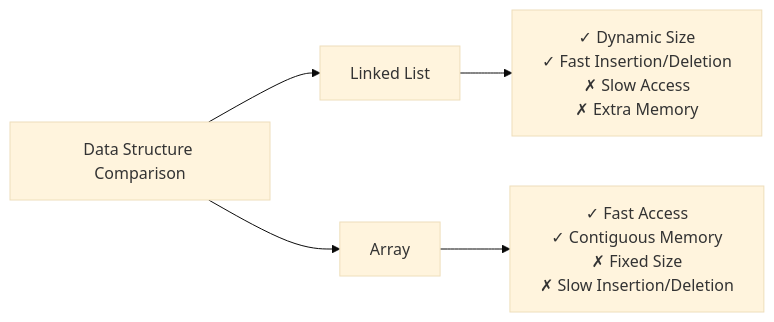
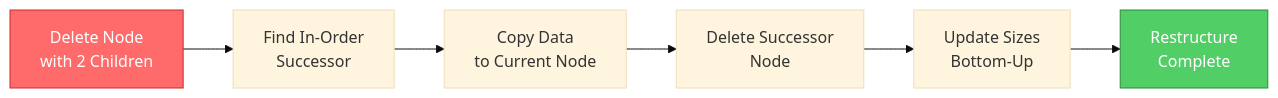
Before and after one commit to MuhammadZafran33/Data-Structures-lab-Solutions: the eighth of 12 diagrams in Linked List /FINAL_PAPER/README.md, drawn with Mermaid (base theme). The commit also changed other lines of this file, not shown here.

````diff
--- a/Linked List /FINAL_PAPER/README.md
+++ b/Linked List /FINAL_PAPER/README.md
@@ -228,7 +220,11 @@
 ```mermaid
 graph LR
-    A["Data Structure Comparison"] --> B["Linked List"]
-    A --> C["Array"]
-    B --> D["✓ Dynamic Size<br/>✓ Fast Insertion/Deletion<br/>✗ Slow Access<br/>✗ Extra Memory"]
-    C --> E["✓ Fast Access<br/>✓ Contiguous Memory<br/>✗ Fixed Size<br/>✗ Slow Insertion/Deletion"]
+    A["Delete Node<br/>with 2 Children"] --> B["Find In-Order<br/>Successor"]
+    B --> C["Copy Data<br/>to Current Node"]
+    C --> D["Delete Successor<br/>Node"]
+    D --> E["Update Sizes<br/>Bottom-Up"]
+    E --> F["Restructure<br/>Complete"]
+    
+    style A fill:#ff6b6b,stroke:#c92a2a,color:#fff
+    style F fill:#51cf66,stroke:#2b8a3e,color:#fff
 ```
````
